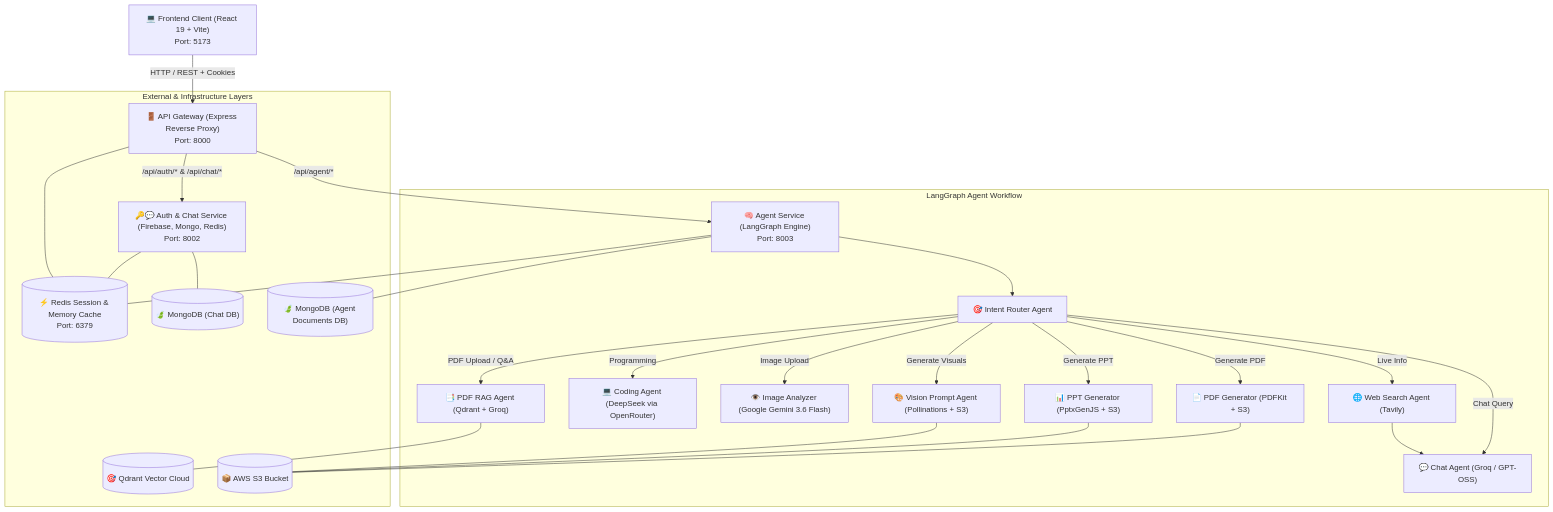
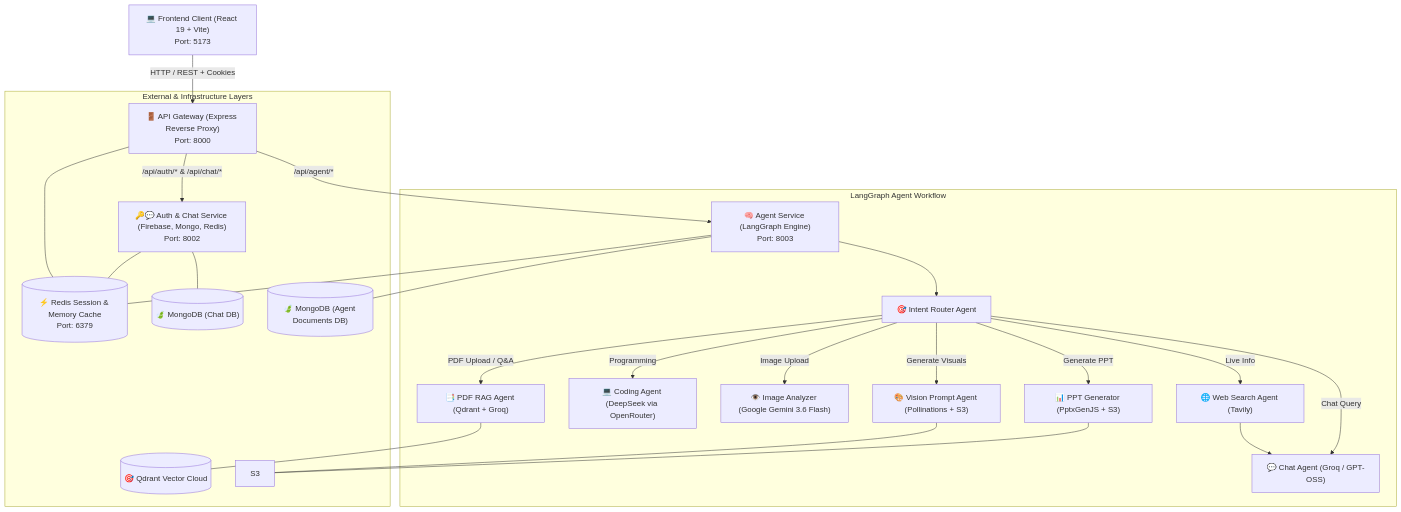
The diagram in README.md (dev-Sujan4/Jett-AI-Multi-Agent-AI-platform-), drawn with Mermaid before and after one commit.

Commit message:
Remove PDF Agent references from README
Removed references to PDF generation and storage agents.

````diff
--- a/README.md
+++ b/README.md
@@ -29,32 +29,30 @@
 ```mermaid
 graph TD
     Client["💻 Frontend Client (React 19 + Vite)<br/>Port: 5173"] -->|HTTP / REST + Cookies| Gateway["🚪 API Gateway (Express Reverse Proxy)<br/>Port: 8000"]
 
     Gateway -->|/api/auth/* & /api/chat/*| AuthChatSvc["🔑💬 Auth & Chat Service (Firebase, Mongo, Redis)<br/>Port: 8002"]
     Gateway -->|/api/agent/*| AgentSvc["🧠 Agent Service (LangGraph Engine)<br/>Port: 8003"]
 
     subgraph "LangGraph Agent Workflow"
         AgentSvc --> Router["🎯 Intent Router Agent"]
         Router -->|Chat Query| ChatAgent["💬 Chat Agent (Groq / GPT-OSS)"]
         Router -->|Live Info| SearchAgent["🌐 Web Search Agent (Tavily)"]
         Router -->|Programming| CodingAgent["💻 Coding Agent (DeepSeek via OpenRouter)"]
         Router -->|Image Upload| ImgAnalyzer["👁️ Image Analyzer (Google Gemini 3.6 Flash)"]
         Router -->|PDF Upload / Q&A| PDFRag["📑 PDF RAG Agent (Qdrant + Groq)"]
-        Router -->|Generate PDF| PDFAgent["📄 PDF Generator (PDFKit + S3)"]
         Router -->|Generate PPT| PPTAgent["📊 PPT Generator (PptxGenJS + S3)"]
         Router -->|Generate Visuals| VisionAgent["🎨 Vision Prompt Agent (Pollinations + S3)"]
         SearchAgent --> ChatAgent
     end
 
     subgraph "External & Infrastructure Layers"
         AuthChatSvc --- Redis[("⚡ Redis Session & Memory Cache<br/>Port: 6379")]
         Gateway --- Redis
         AgentSvc --- Redis
         AuthChatSvc --- MongoChat[("🍃 MongoDB (Chat DB)")]
         AgentSvc --- MongoAgent[("🍃 MongoDB (Agent Documents DB)")]
         PDFRag --- Qdrant[("🎯 Qdrant Vector Cloud")]
-        PDFAgent --- S3[("📦 AWS S3 Bucket")]
         PPTAgent --- S3
         VisionAgent --- S3
     end
 ```
````
